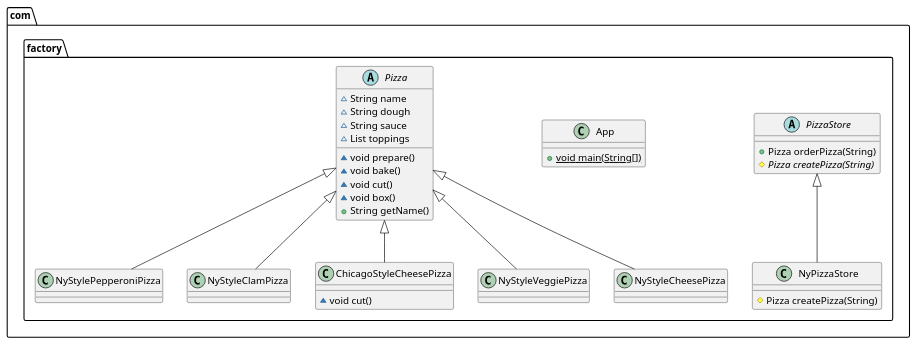
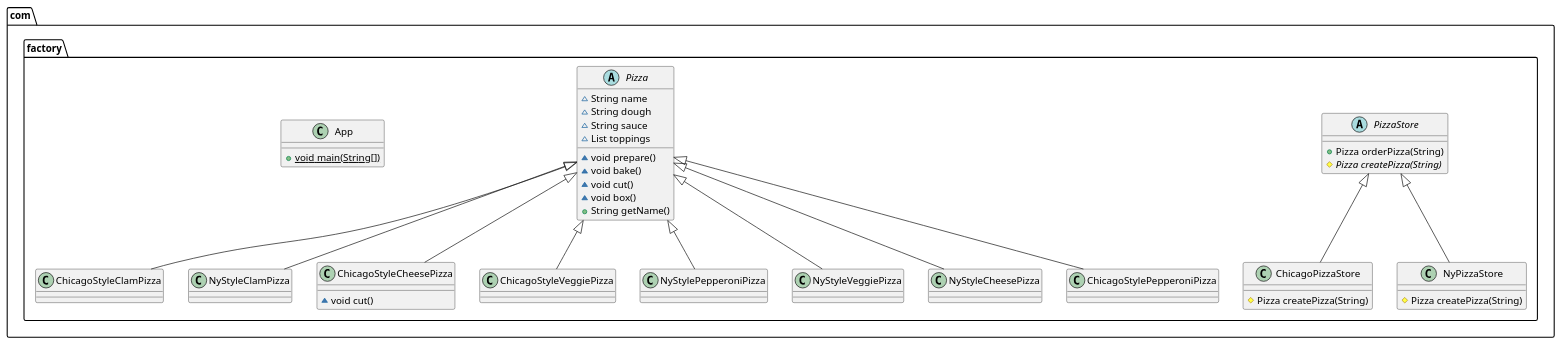
The diagram in build/resources/main/puml/factory.puml (liu-cui/design-pattern), drawn with PlantUML before and after one commit. The commit also changed 52 other files, not shown here.

```diff
--- a/build/resources/main/puml/factory.puml
+++ b/build/resources/main/puml/factory.puml
@@ -1,42 +1,55 @@
 @startuml
-class com.factory.NyStylePepperoniPizza {
-}
 abstract class com.factory.PizzaStore {
 + Pizza orderPizza(String)
 # {abstract}Pizza createPizza(String)
+}
+class com.factory.ChicagoStyleClamPizza {
 }
 class com.factory.NyStyleClamPizza {
 }
 class com.factory.ChicagoStyleCheesePizza {
 ~ void cut()
 }
-class com.factory.NyStyleVeggiePizza {
-}
-class com.factory.App {
-+ {static} void main(String[])
-}
-class com.factory.NyStyleCheesePizza {
+class com.factory.ChicagoPizzaStore {
+# Pizza createPizza(String)
 }
 abstract class com.factory.Pizza {
 ~ String name
 ~ String dough
 ~ String sauce
 ~ List toppings
 ~ void prepare()
 ~ void bake()
 ~ void cut()
 ~ void box()
 + String getName()
 }
 class com.factory.NyPizzaStore {
 # Pizza createPizza(String)
 }
+class com.factory.ChicagoStyleVeggiePizza {
+}
+class com.factory.NyStylePepperoniPizza {
+}
+class com.factory.NyStyleVeggiePizza {
+}
+class com.factory.App {
++ {static} void main(String[])
+}
+class com.factory.NyStyleCheesePizza {
+}
+class com.factory.ChicagoStylePepperoniPizza {
+}
 
 
-com.factory.Pizza <|-- com.factory.NyStylePepperoniPizza
+com.factory.Pizza <|-- com.factory.ChicagoStyleClamPizza
 com.factory.Pizza <|-- com.factory.NyStyleClamPizza
 com.factory.Pizza <|-- com.factory.ChicagoStyleCheesePizza
+com.factory.PizzaStore <|-- com.factory.ChicagoPizzaStore
+com.factory.PizzaStore <|-- com.factory.NyPizzaStore
+com.factory.Pizza <|-- com.factory.ChicagoStyleVeggiePizza
+com.factory.Pizza <|-- com.factory.NyStylePepperoniPizza
 com.factory.Pizza <|-- com.factory.NyStyleVeggiePizza
 com.factory.Pizza <|-- com.factory.NyStyleCheesePizza
-com.factory.PizzaStore <|-- com.factory.NyPizzaStore
+com.factory.Pizza <|-- com.factory.ChicagoStylePepperoniPizza
 @enduml
```
